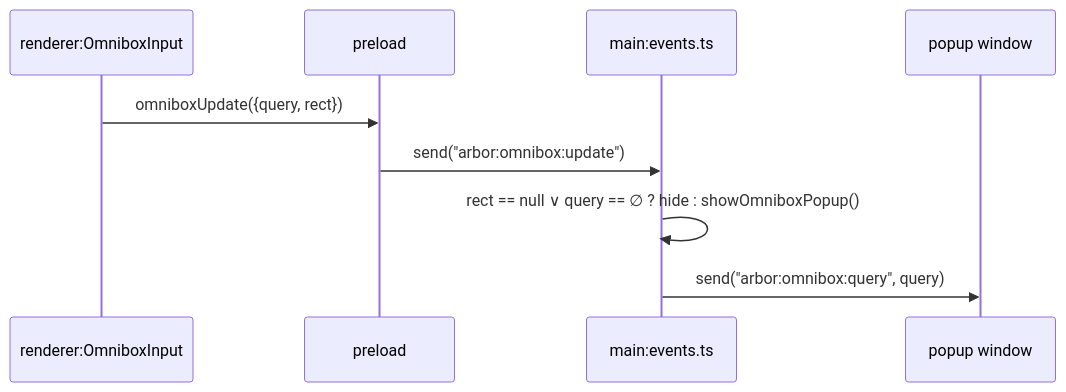
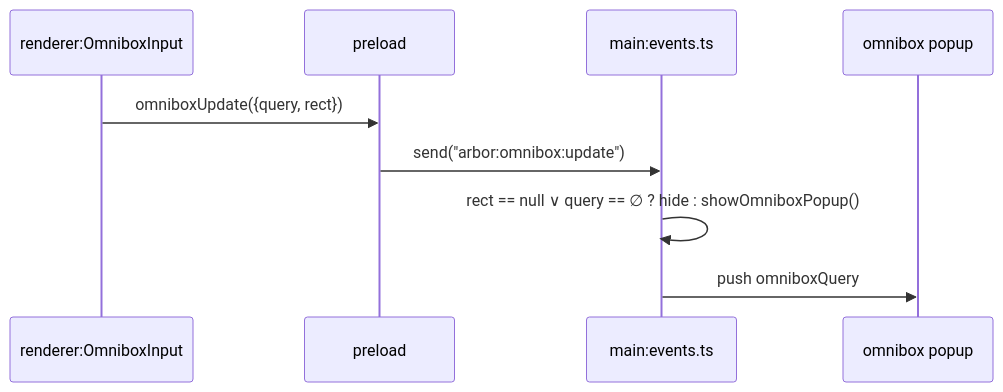
The second of 3 diagrams in docs/architecture/02-ipc.md (rom100main/arbor), drawn with Mermaid before and after one commit. The commit also changed other lines of this file and 3 other files, not shown here.

````diff
--- a/docs/architecture/02-ipc.md
+++ b/docs/architecture/02-ipc.md
@@ -40,11 +57,11 @@
 ```mermaid
 sequenceDiagram
     participant R as renderer:OmniboxInput
     participant P as preload
     participant M as main:events.ts
-    participant W as popup window
+    participant W as omnibox popup
     R->>P: omniboxUpdate({query, rect})
     P->>M: send("arbor:omnibox:update")
     M->>M: rect == null ∨ query == ∅ ? hide : showOmniboxPopup()
-    M->>W: send("arbor:omnibox:query", query)
+    M->>W: push omniboxQuery
 ```
````
